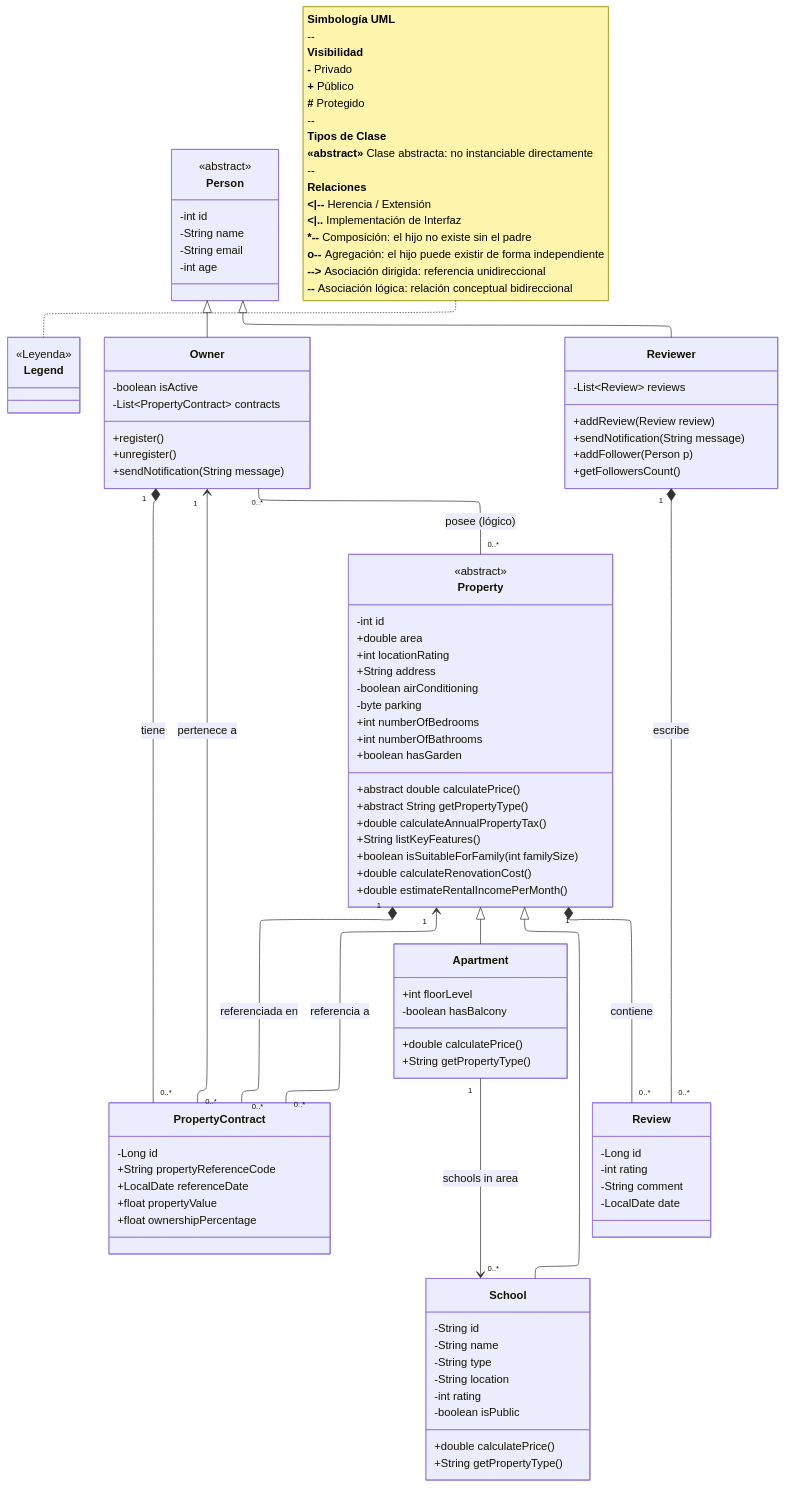
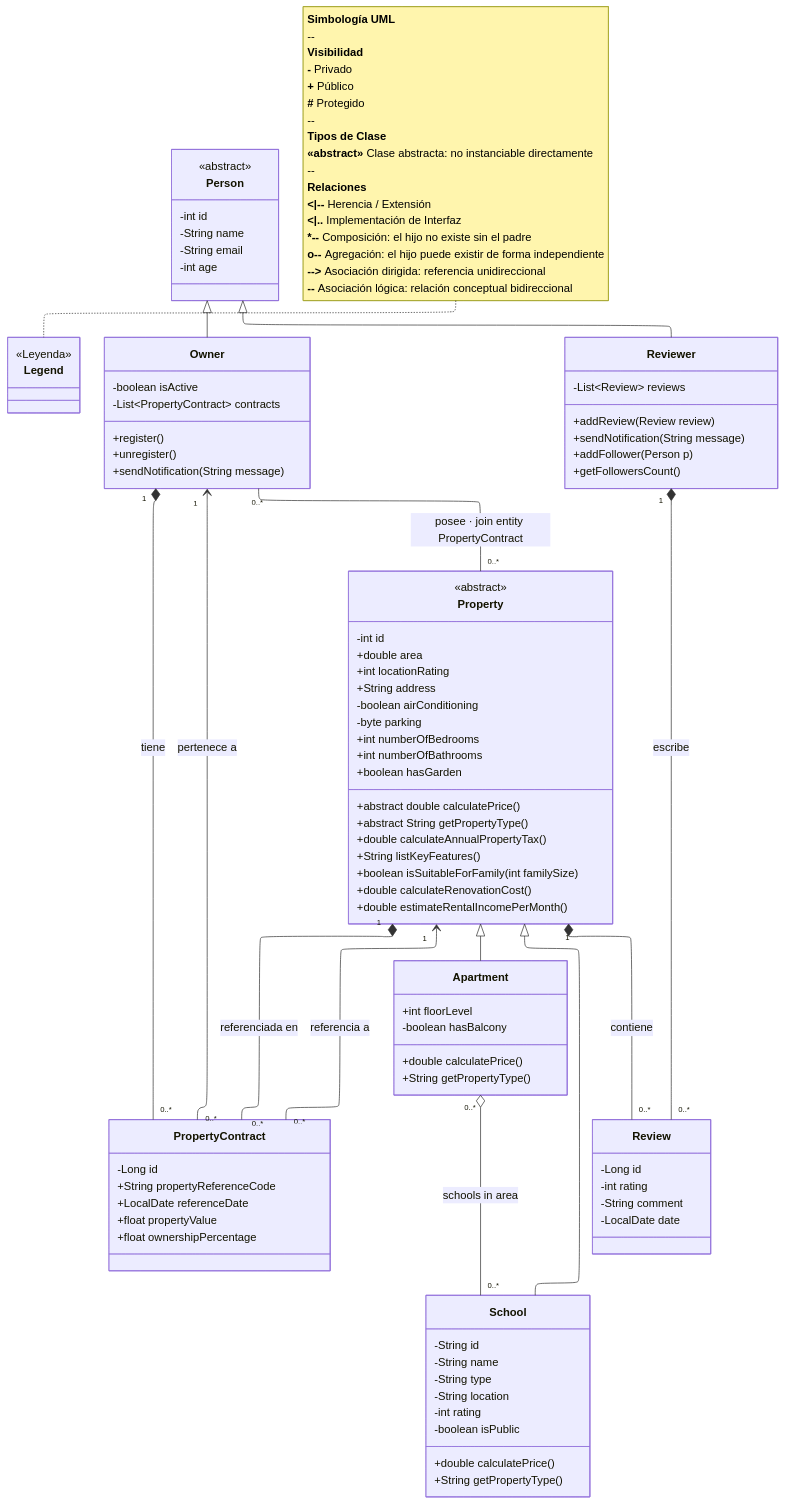
One commit to alexpjava/ApartmentPredictorAlpy changed the diagram in docs/SandBox/uml-owner-property-inherence-v1.md. Above: the diagram before and after it, drawn with Mermaid. The commit also changed other lines of this file, not shown here.

Commit message:
Refactor UML diagram: update relationship annotations for Apartment and School to clarify aggregation type and join table generation by JPA.

````diff
--- a/docs/SandBox/uml-owner-property-inherence-v1.md
+++ b/docs/SandBox/uml-owner-property-inherence-v1.md
@@ -103,8 +103,8 @@
     Property <|-- Apartment
     Property <|-- School
 
-    %% Asociación dirigida: Apartment es owner side, JPA genera join table automáticamente
-    Apartment "1" --> "0..*" School : schools in area
+    %% Agregación many-to-many unidireccional: Apartment owner side, join table generada por JPA
+    Apartment "0..*" o-- "0..*" School : schools in area
 
     %% Composición: Owner posee sus PropertyContracts (join entity explícita)
     Owner "1" *-- "0..*" PropertyContract : tiene
@@ -123,5 +123,5 @@
     PropertyContract "0..*" --> "1" Property : referencia a
 
     %% Asociación lógica conceptual Owner <-> Property (via PropertyContract)
-    Owner "0..*" -- "0..*" Property : posee (lógico)
+    Owner "0..*" -- "0..*" Property : posee · join entity PropertyContract
 ```
````
